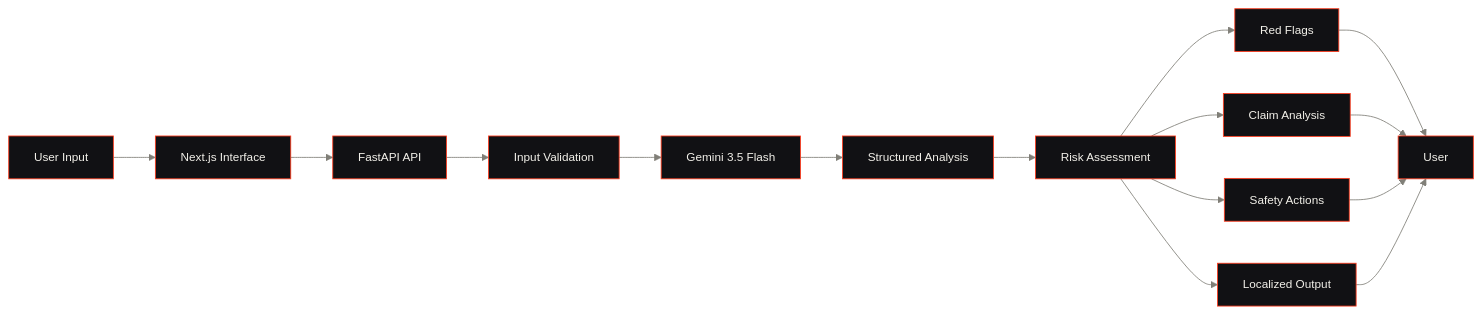
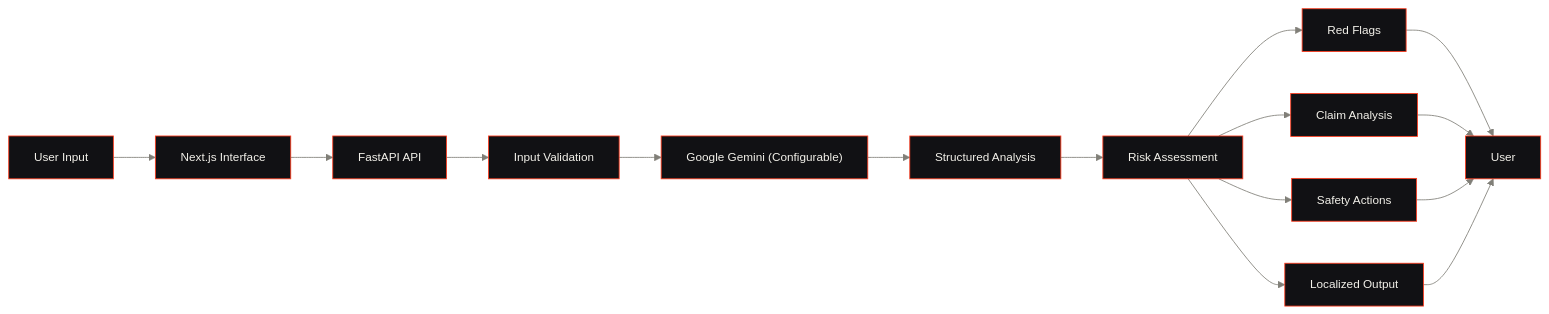
Before and after one commit to ankush-dev-eng/NiveshRakshak: the first of 3 diagrams in README.md, drawn with Mermaid. The commit also changed other lines of this file and 8 other files, not shown here.

````diff
--- a/README.md
+++ b/README.md
@@ -102,18 +80,18 @@
 ```mermaid
 %%{init: {'theme': 'base', 'themeVariables': {'primaryColor': '#111114', 'primaryTextColor': '#F3F1EA', 'primaryBorderColor': '#FF3B1D', 'lineColor': '#807F78', 'secondaryColor': '#17171B', 'tertiaryColor': '#08080A', 'edgeLabelBackground': '#08080A', 'clusterBkg': '#111114', 'clusterBorder': '#FF3B1D', 'fontSize': '14px'}}}%%
 flowchart LR
     A["User Input"] --> B["Next.js Interface"]
     B --> C["FastAPI API"]
     C --> D["Input Validation"]
-    D --> E["Gemini 3.5 Flash"]
+    D --> E["Google Gemini (Configurable)"]
     E --> F["Structured Analysis"]
     F --> G["Risk Assessment"]
     G --> H["Red Flags"]
     G --> I["Claim Analysis"]
     G --> J["Safety Actions"]
     G --> K["Localized Output"]
     H --> L["User"]
     I --> L
     J --> L
     K --> L
 ```
````
